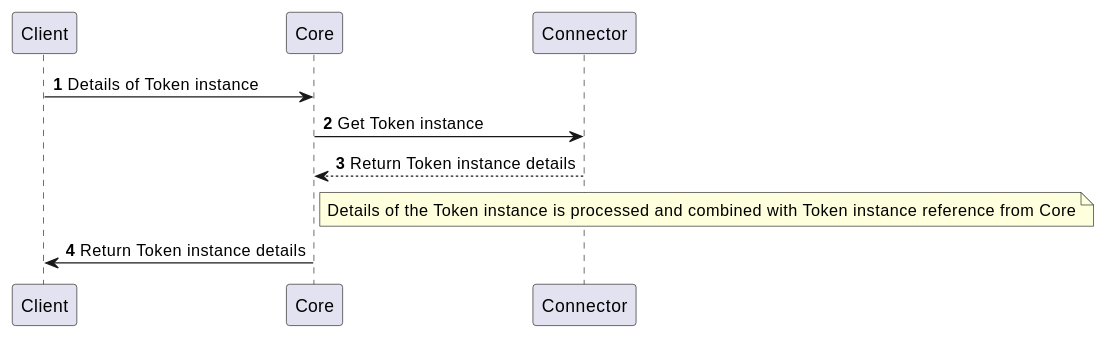
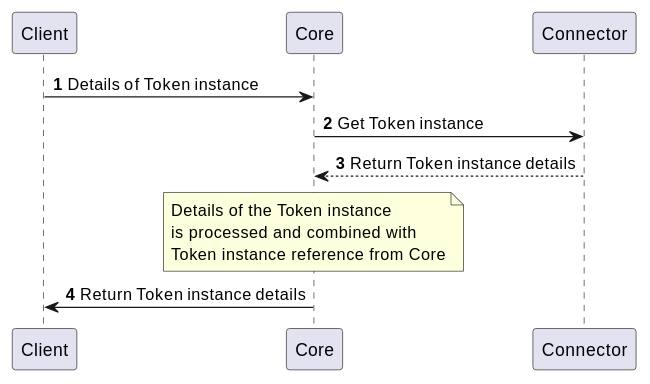
Before and after one commit to CZERTAINLY/CZERTAINLY-Documentation: the third of 15 diagrams in docs/12-connectors/05-description/35-cryptography-provider.md, drawn with PlantUML. The commit also changed other lines of this file, not shown here.

````diff
--- a/docs/12-connectors/05-description/35-cryptography-provider.md
+++ b/docs/12-connectors/05-description/35-cryptography-provider.md
@@ -128,11 +133,16 @@
 ```plantuml
     @startuml
     autonumber
+    skinparam maxMessageSize 200
     skinparam topurl https://docs.czertainly.com/api/
         Client -> Core [[core-cryptography/#tag/Token-Management-API/operation/getTokenInstance]]: Details of Token instance
         Core -> Connector [[connector-cryptography-provider/#tag/Token-Management-API/operation/getTokenInstance]]: Get Token instance
         Connector --> Core: Return Token instance details
-        note right of Core: Details of the Token instance is processed and combined with Token instance reference from Core
+        note over Core
+        Details of the Token instance
+        is processed and combined with
+        Token instance reference from Core
+        end note
         Core -> Client: Return Token instance details
     @enduml
 ```
````
